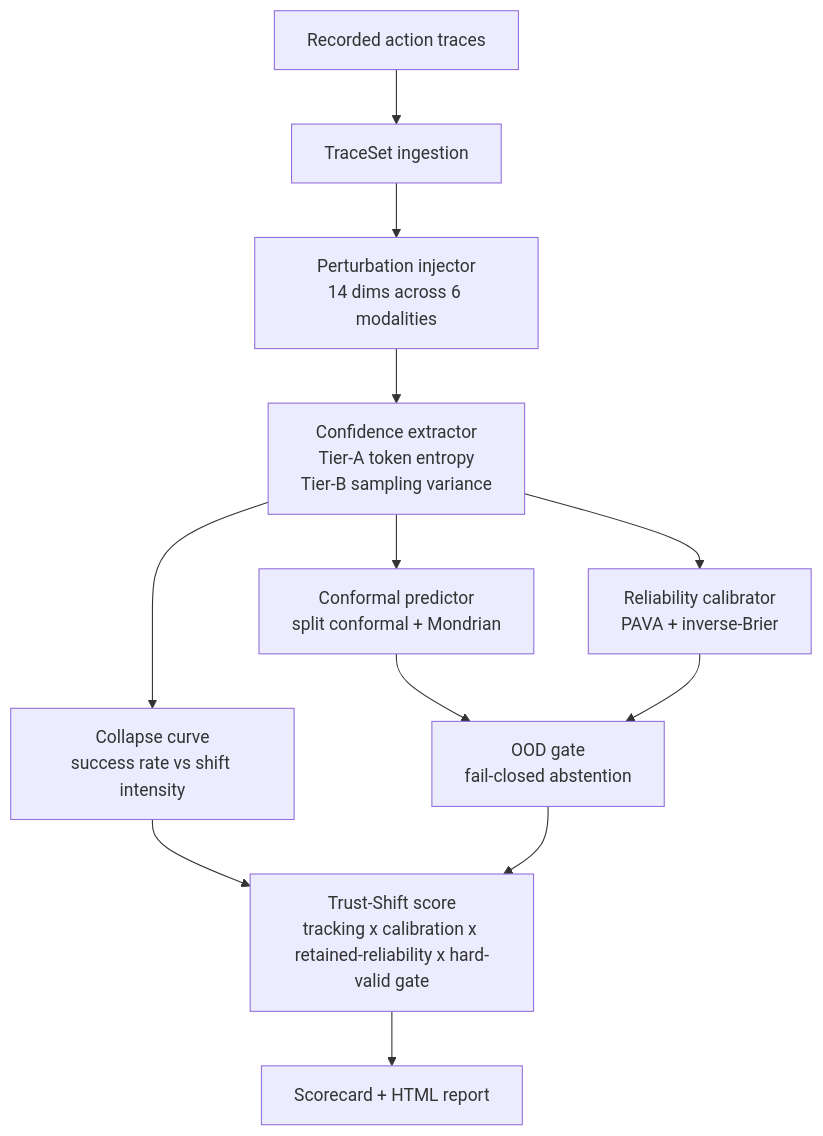
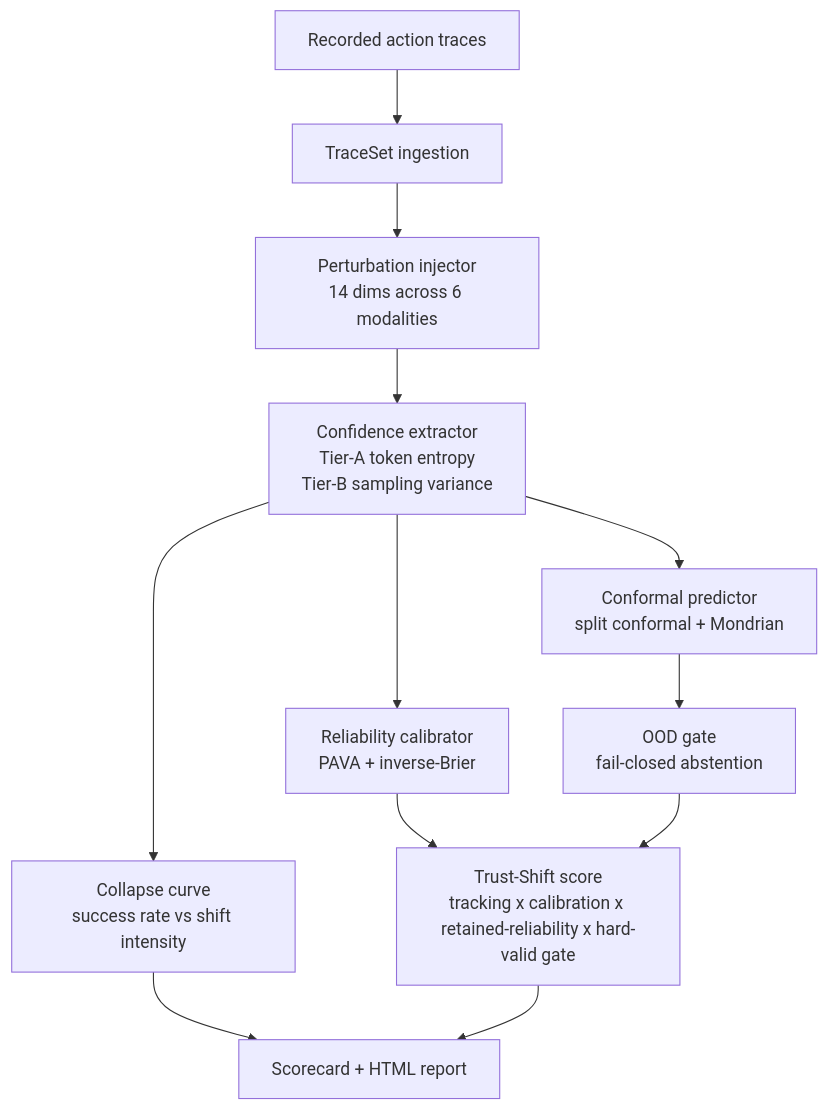
One commit to hinanohart/vlatrust changed the diagram in README.md. Above: the diagram before and after it, drawn with Mermaid.

Commit message:
docs: QA fix (rendering/content)

````diff
--- a/README.md
+++ b/README.md
@@ -20,14 +20,14 @@
 ```mermaid
 flowchart TD
     A[Recorded action traces] --> B[TraceSet ingestion]
     B --> C[Perturbation injector<br>14 dims across 6 modalities]
     C --> D[Confidence extractor<br>Tier-A token entropy<br>Tier-B sampling variance]
     D --> E[Conformal predictor<br>split conformal + Mondrian]
     D --> F[Reliability calibrator<br>PAVA + inverse-Brier]
     D --> G[Collapse curve<br>success rate vs shift intensity]
     E --> H[OOD gate<br>fail-closed abstention]
-    F --> H
-    G --> I[Trust-Shift score<br>tracking x calibration x retained-reliability x hard-valid gate]
+    F --> I[Trust-Shift score<br>tracking x calibration x retained-reliability x hard-valid gate]
+    G --> J[Scorecard + HTML report]
     H --> I
-    I --> J[Scorecard + HTML report]
+    I --> J
 ```
````
